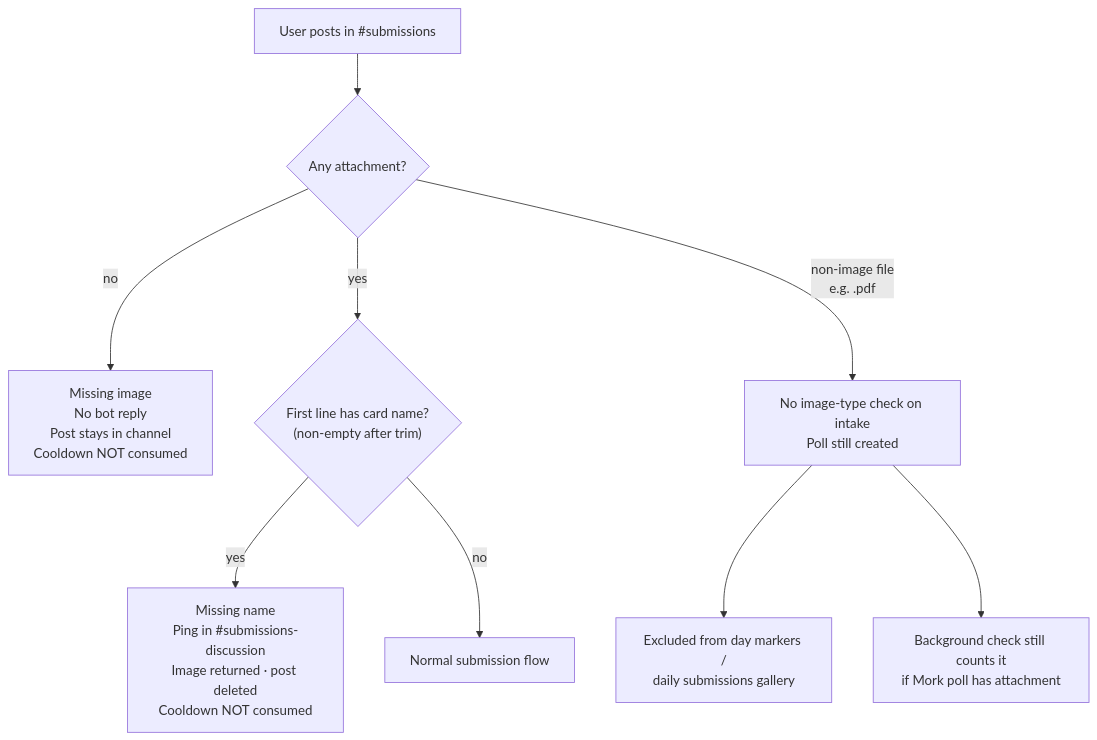
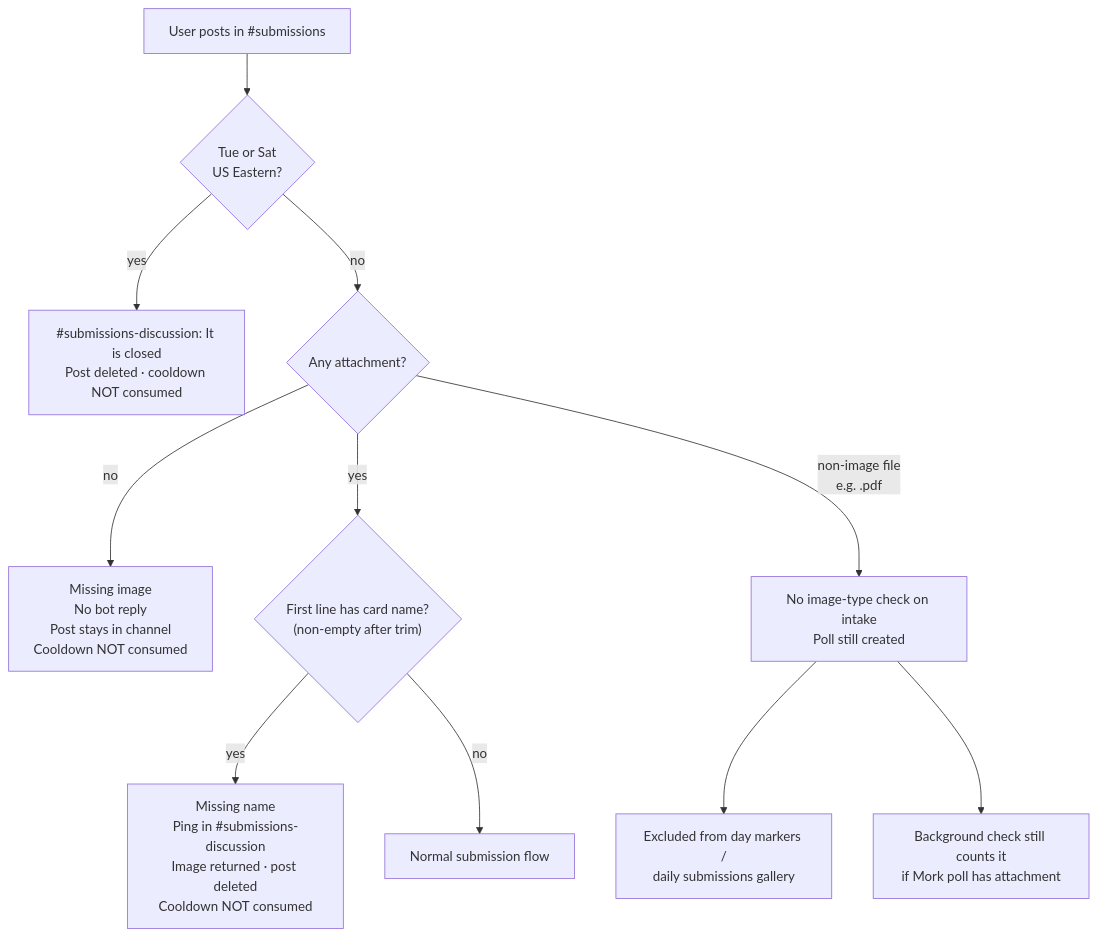
One commit to bones-bones/mork changed the second of 6 diagrams in docs/card-flows/submissions.md. Above: the diagram before and after it, drawn with Mermaid. The commit also changed other lines of this file and 6 other files, not shown here.

First line of the commit message:
Close #submissions all day Tuesday and Saturday Eastern.

````diff
--- a/docs/card-flows/submissions.md
+++ b/docs/card-flows/submissions.md
@@ -48,13 +52,15 @@
 ```mermaid
 flowchart TD
-  POST["User posts in #submissions"] --> A{"Any attachment?"}
+  POST["User posts in #submissions"] --> CLOSED{"Tue or Sat<br/>US Eastern?"}
+  CLOSED -->|yes| CL["#submissions-discussion: It is closed<br/>Post deleted · cooldown NOT consumed"]
+  CLOSED -->|no| A{"Any attachment?"}
 
   A -->|no| MI["Missing image<br/>No bot reply<br/>Post stays in channel<br/>Cooldown NOT consumed"]
   A -->|yes| B{"First line has card name?<br/>(non-empty after trim)"}
   B -->|yes| NN["Missing name<br/>Ping in #submissions-discussion<br/>Image returned · post deleted<br/>Cooldown NOT consumed"]
   B -->|no| OK["Normal submission flow"]
 
   A -->|non-image file<br/>e.g. .pdf| NI["No image-type check on intake<br/>Poll still created"]
   NI --> GAL["Excluded from day markers /<br/>daily submissions gallery"]
   NI --> CHK["Background check still counts it<br/>if Mork poll has attachment"]
 ```
````
